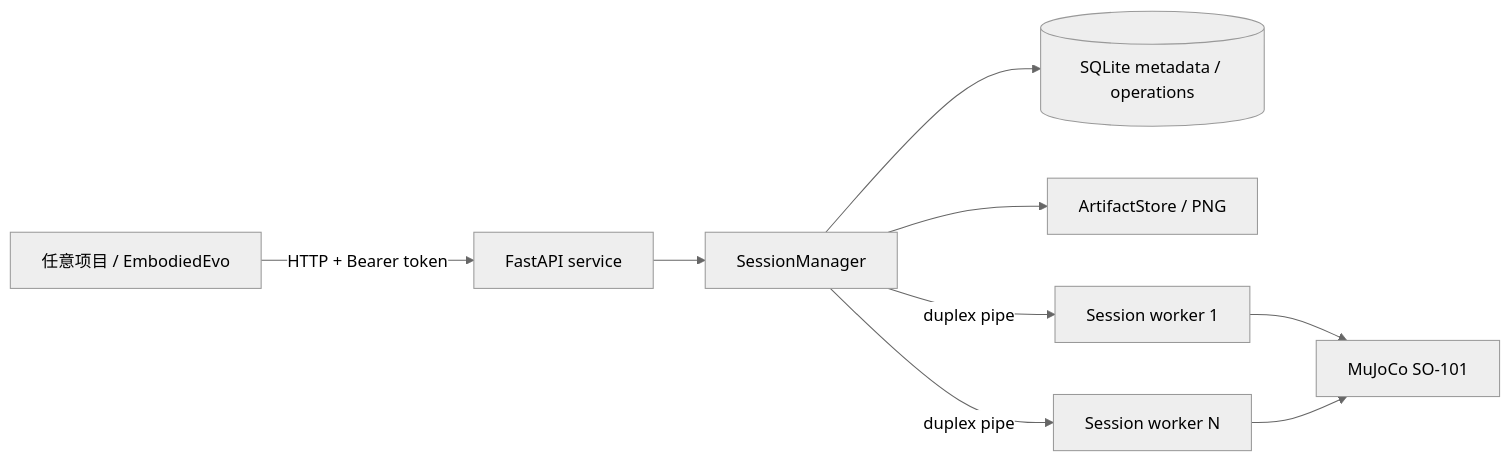
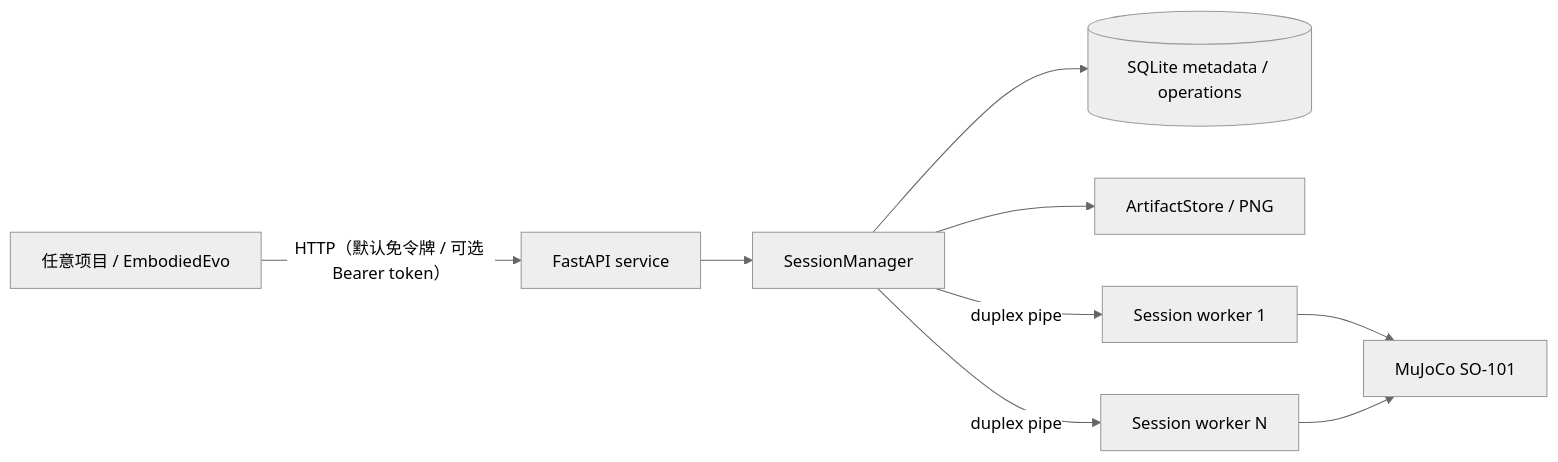
Before and after one commit to lihuigang/MuJoCo: the diagram in README.md, drawn with Mermaid (neutral theme). The commit also changed other lines of this file and 19 other files, not shown here.

````diff
--- a/README.md
+++ b/README.md
@@ -26,11 +27,11 @@
 ```mermaid
 flowchart LR
-  A[任意项目 / EmbodiedEvo] -->|HTTP + Bearer token| B[FastAPI service]
+  A[任意项目 / EmbodiedEvo] -->|HTTP（默认免令牌 / 可选 Bearer token）| B[FastAPI service]
   B --> C[SessionManager]
   C --> D[(SQLite metadata / operations)]
   C --> E[ArtifactStore / PNG]
   C -->|duplex pipe| F[Session worker 1]
   C -->|duplex pipe| G[Session worker N]
   F --> H[MuJoCo SO-101]
   G --> H
 ```
````
